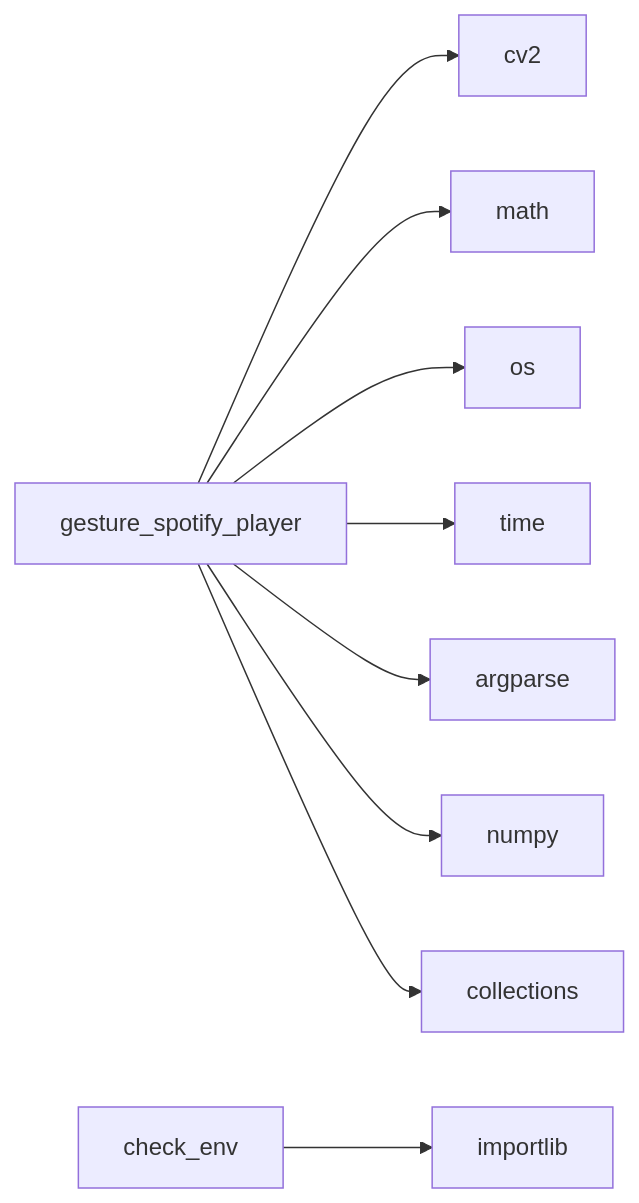
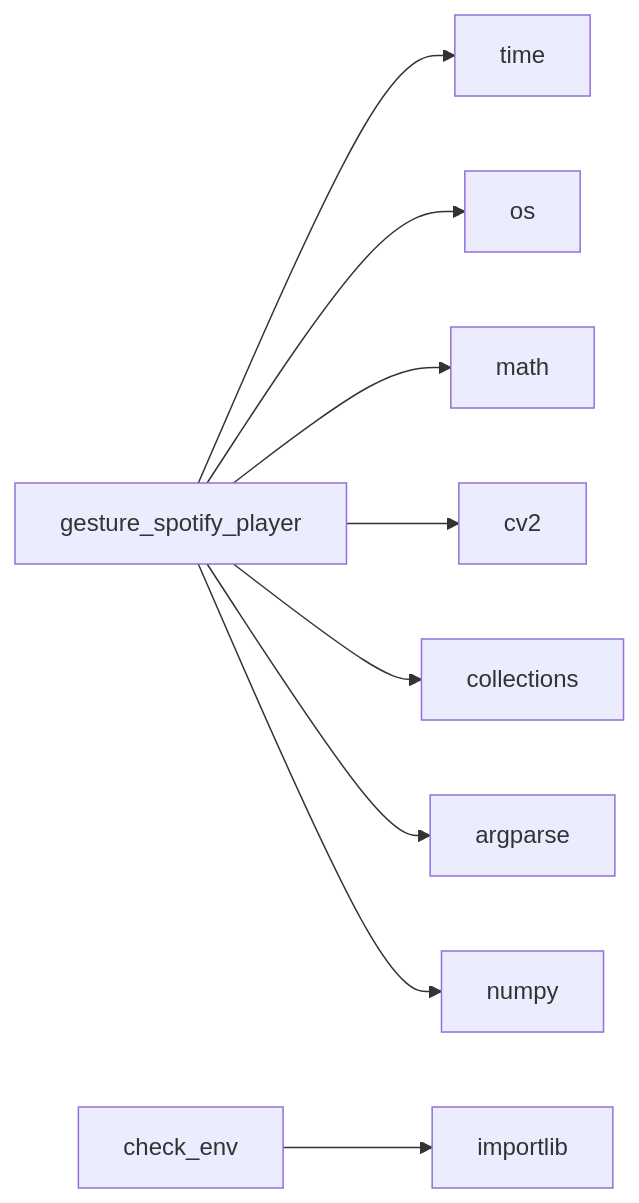
The diagram in .github/docs/dependencies.md (NITISH-R-G/PalmPlay1), drawn with Mermaid before and after one commit. The commit also changed other lines of this file and 3 other files, not shown here.

Commit message:
docs: update repository documentation and diagrams [skip ci]

````diff
--- a/.github/docs/dependencies.md
+++ b/.github/docs/dependencies.md
@@ -3,15 +3,15 @@
 ```mermaid
 graph LR
     gesture_spotify_player[gesture_spotify_player]
+    gesture_spotify_player --> time[time]
+    gesture_spotify_player --> os[os]
+    gesture_spotify_player --> math[math]
     gesture_spotify_player --> cv2[cv2]
-    gesture_spotify_player --> math[math]
-    gesture_spotify_player --> os[os]
-    gesture_spotify_player --> time[time]
+    gesture_spotify_player --> collections[collections]
     gesture_spotify_player --> argparse[argparse]
     gesture_spotify_player --> numpy[numpy]
-    gesture_spotify_player --> collections[collections]
     check_env[check_env]
     check_env --> importlib[importlib]
     click gesture_spotify_player href "https://github.com/NITISH-R-G/PalmPlay1/blob/main/gesture_spotify_player.py" "View source code"
     click check_env href "https://github.com/NITISH-R-G/PalmPlay1/blob/main/check_env.py" "View source code"
 ```
````
